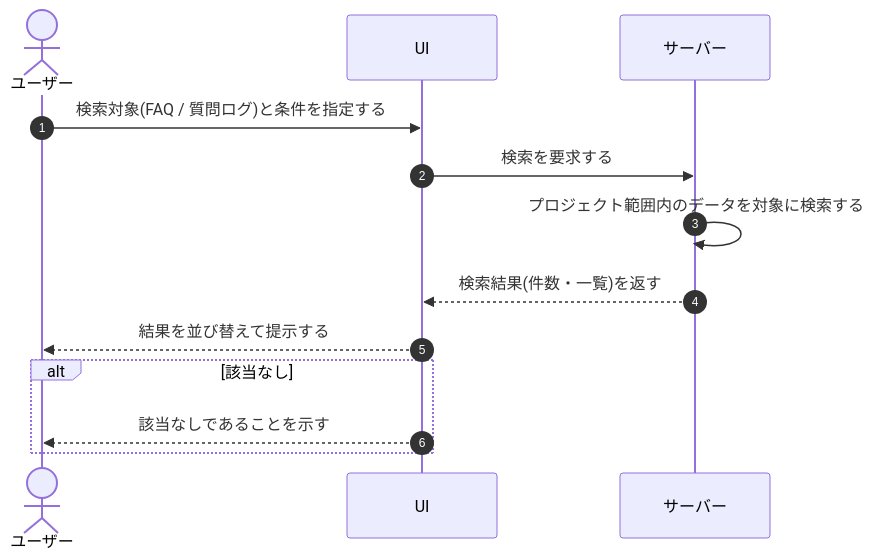
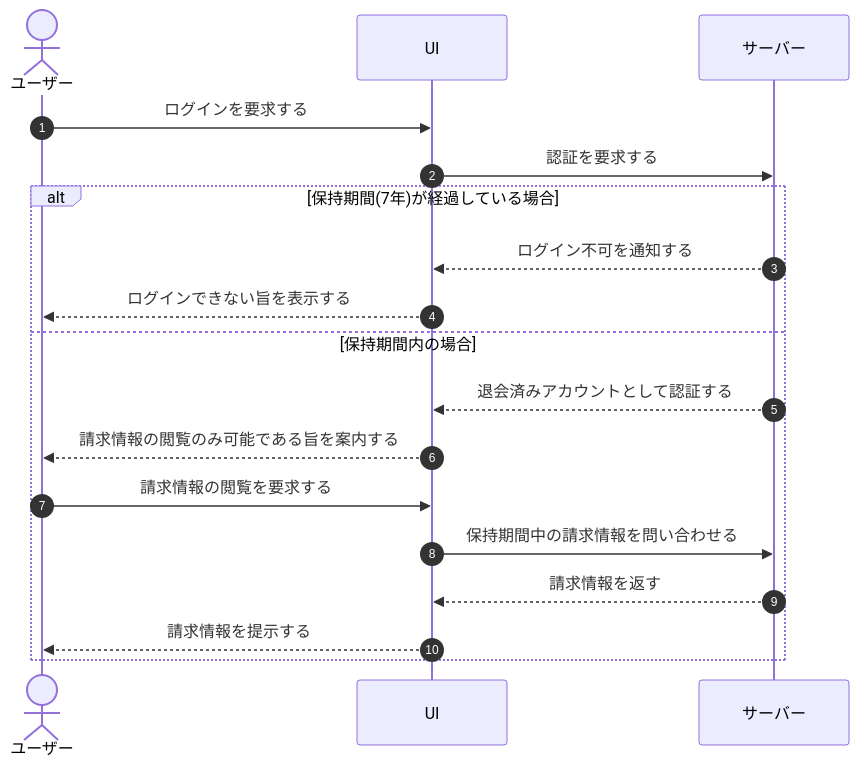
Before and after one commit to sikakou54/open-faq: the diagram in 01_requirements/04_business_usecases/UC-081.md, drawn with Mermaid. The commit also changed other lines of this file and 395 other files, not shown here.

````diff
--- a/01_requirements/04_business_usecases/UC-081.md
+++ b/01_requirements/04_business_usecases/UC-081.md
@@ -26,15 +27,21 @@
 ```mermaid
 sequenceDiagram
   autonumber
   actor U as ユーザー
   participant UI as UI
   participant S as サーバー
-  U->>UI: 検索対象(FAQ / 質問ログ)と条件を指定する
-  UI->>S: 検索を要求する
-  S->>S: プロジェクト範囲内のデータを対象に検索する
-  S-->>UI: 検索結果(件数・一覧)を返す
-  UI-->>U: 結果を並び替えて提示する
-  alt 該当なし
-    UI-->>U: 該当なしであることを示す
+
+  U->>UI: ログインを要求する
+  UI->>S: 認証を要求する
+  alt 保持期間(7年)が経過している場合
+    S-->>UI: ログイン不可を通知する
+    UI-->>U: ログインできない旨を表示する
+  else 保持期間内の場合
+    S-->>UI: 退会済みアカウントとして認証する
+    UI-->>U: 請求情報の閲覧のみ可能である旨を案内する
+    U->>UI: 請求情報の閲覧を要求する
+    UI->>S: 保持期間中の請求情報を問い合わせる
+    S-->>UI: 請求情報を返す
+    UI-->>U: 請求情報を提示する
   end
 ```
````
